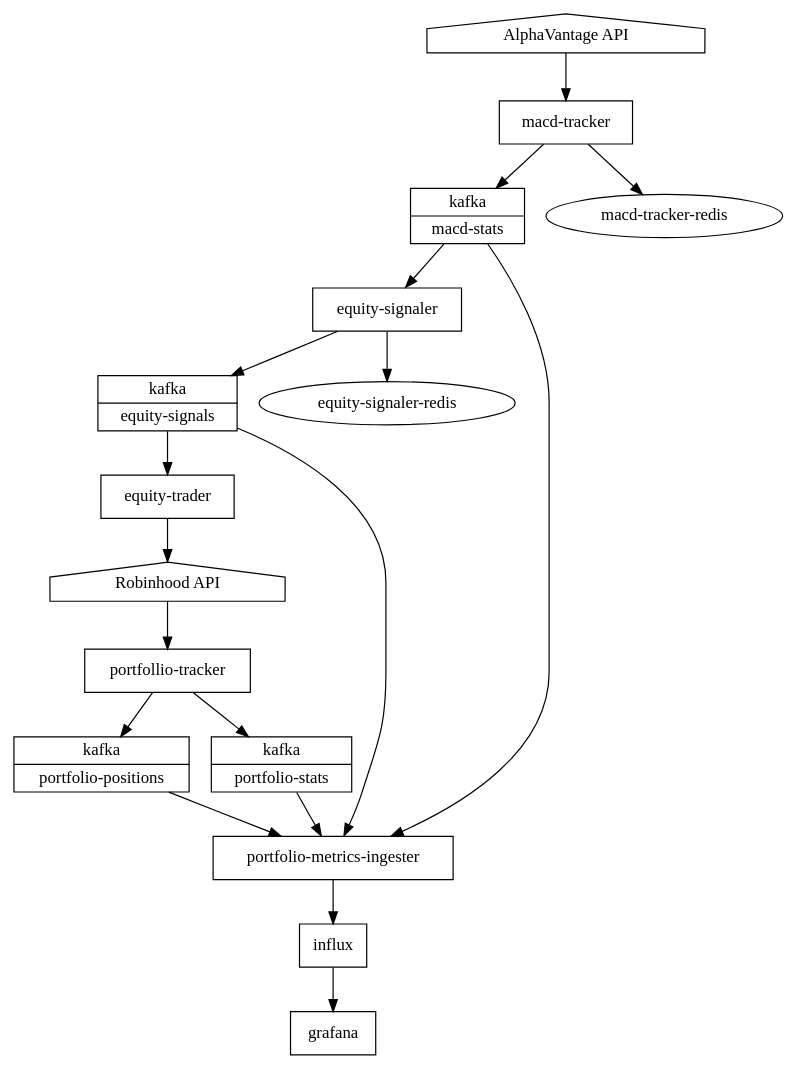
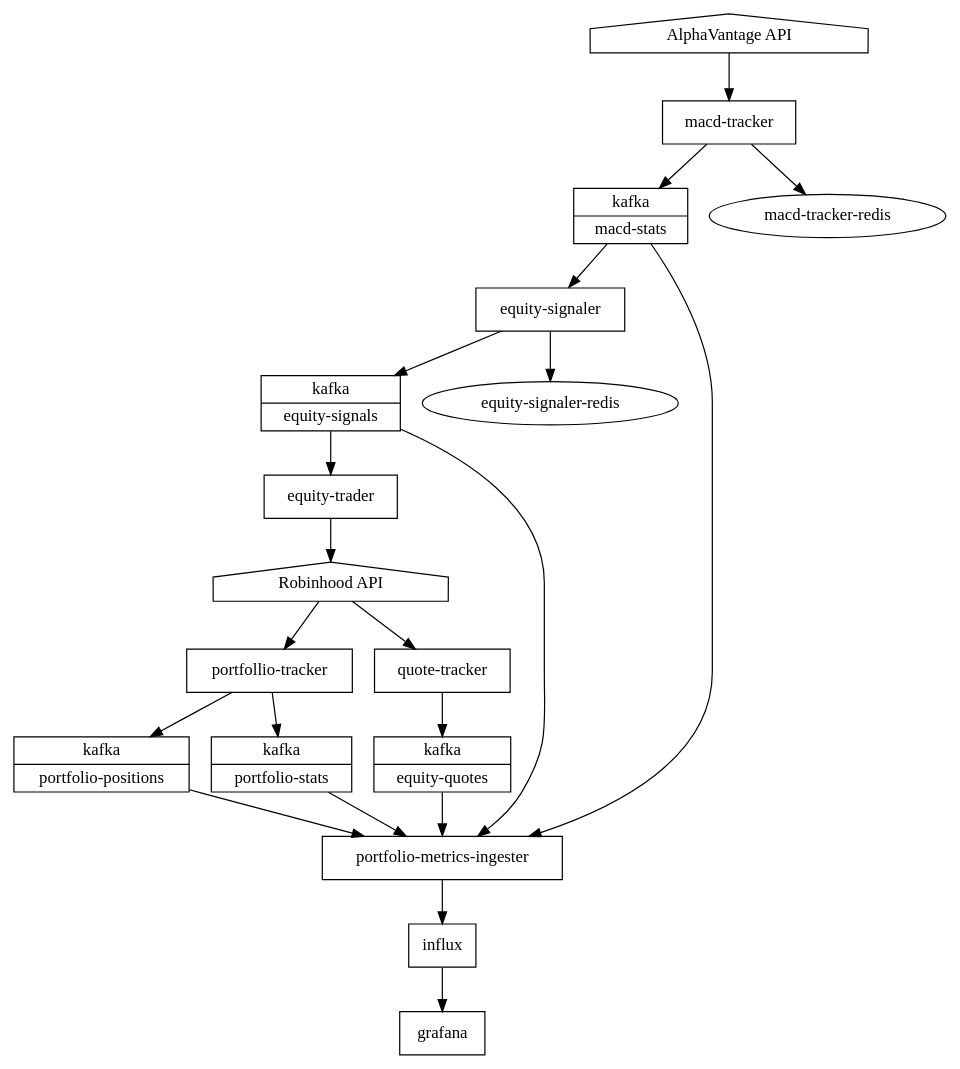
Before and after one commit to mseeks/msull92-infrastructure: the diagram in graph.dot, drawn with Graphviz.

Commit message:
Add quote-tracker to graph

```diff
--- a/graph.dot
+++ b/graph.dot
@@ -1,30 +1,34 @@
 digraph algorithm {
   node[shape=record]
 
   "AlphaVantage API"           -> "macd-tracker"
   "macd-tracker"               -> "macd-stats"
   "macd-tracker"               -> "macd-tracker-redis"
   "macd-stats"                 -> "equity-signaler"
   "equity-signaler"            -> "equity-signals"
   "equity-signaler"            -> "equity-signaler-redis"
   "equity-signals"             -> "equity-trader"
   "equity-trader"              -> "Robinhood API"
   "Robinhood API"              -> "portfollio-tracker"
+  "Robinhood API"              -> "quote-tracker"
   "portfollio-tracker"         -> "portfolio-positions"
   "portfollio-tracker"         -> "portfolio-stats"
+  "quote-tracker"              -> "equity-quotes"
   "portfolio-positions"        -> "portfolio-metrics-ingester"
   "portfolio-stats"            -> "portfolio-metrics-ingester"
   "macd-stats"                 -> "portfolio-metrics-ingester"
   "equity-signals"             -> "portfolio-metrics-ingester"
+  "equity-quotes"              -> "portfolio-metrics-ingester"
   "portfolio-metrics-ingester" -> "influx"
   "influx"                     -> "grafana"
 
   "macd-stats" [shape=record label="{<f0> kafka| <f1> macd-stats}"]
   "equity-signals" [shape=record label="{<f0> kafka| <f1> equity-signals}"]
+  "equity-quotes" [shape=record label="{<f0> kafka| <f1> equity-quotes}"]
   "portfolio-positions" [shape=record label="{<f0> kafka| <f1> portfolio-positions}"]
   "portfolio-stats" [shape=record label="{<f0> kafka| <f1> portfolio-stats}"]
   "AlphaVantage API" [shape=house]
   "Robinhood API" [shape=house]
   "macd-tracker-redis" [shape=ellipse]
   "equity-signaler-redis" [shape=ellipse]
 }
```
